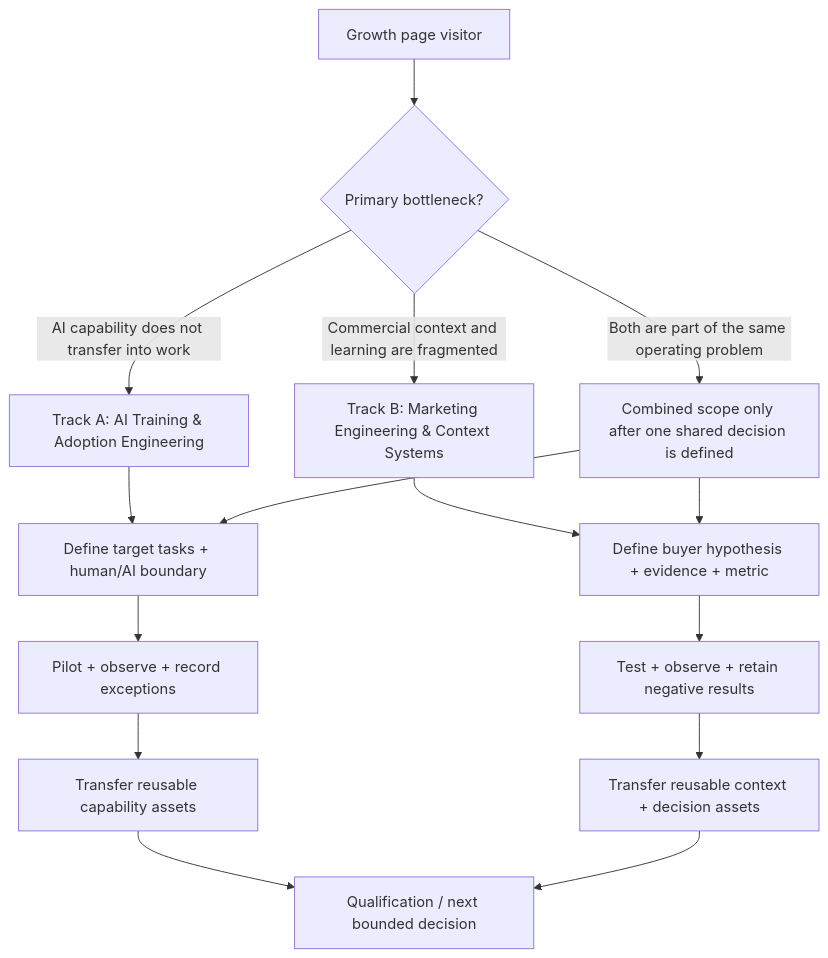
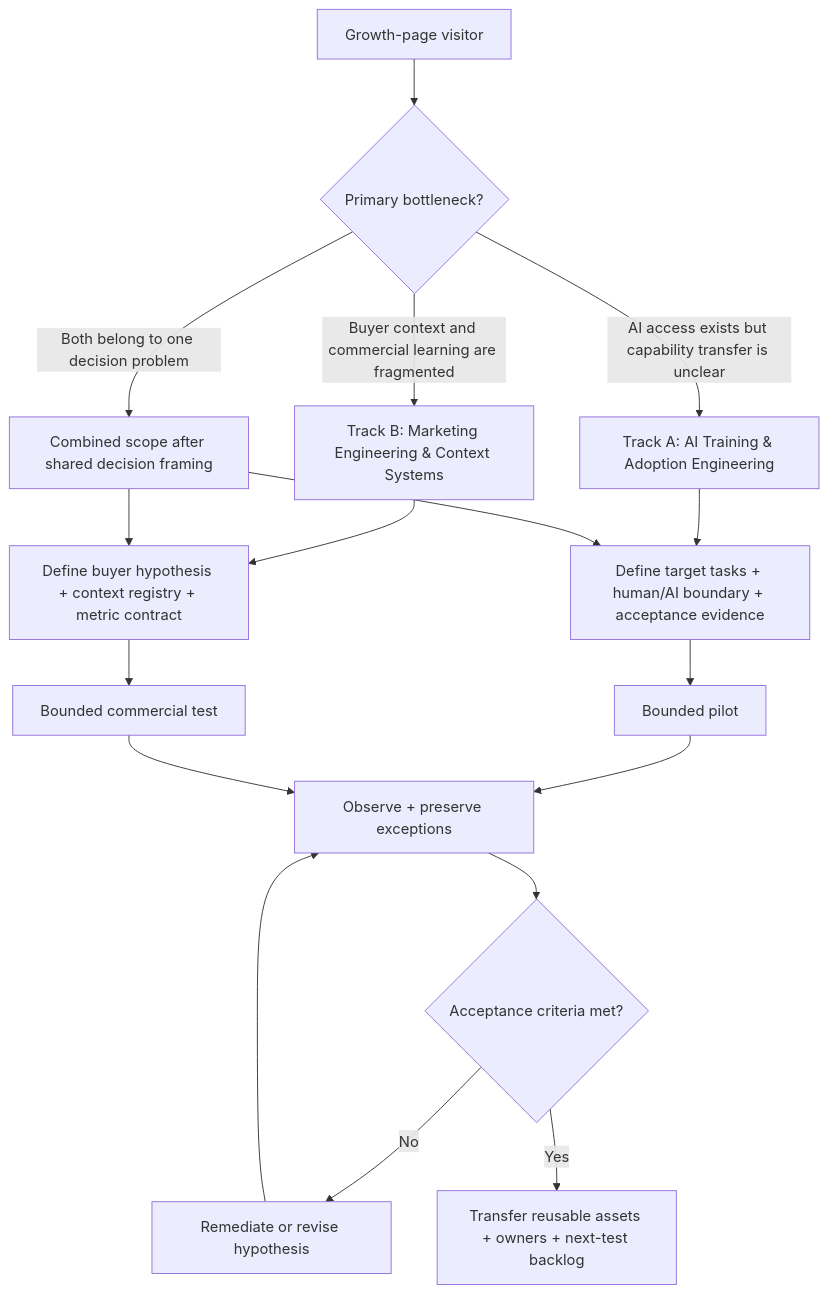
Before and after one commit to mckeopharma-web/copywriting: the diagram in pages/expertises/growth.md, drawn with Mermaid. The commit also changed other lines of this file, not shown here.

Commit message:
Refresh Growth landing-page copy and evidence contract

````diff
--- a/pages/expertises/growth.md
+++ b/pages/expertises/growth.md
@@ -832,21 +666,21 @@
 ```mermaid
 flowchart TD
-    A[Growth page visitor] --> B{Primary bottleneck?}
-    B -->|AI capability does not transfer into work| C[Track A: AI Training & Adoption Engineering]
-    B -->|Commercial context and learning are fragmented| D[Track B: Marketing Engineering & Context Systems]
-    B -->|Both are part of the same operating problem| E[Combined scope only after one shared decision is defined]
+    A[Growth-page visitor] --> B{Primary bottleneck?}
+    B -->|AI access exists but capability transfer is unclear| C[Track A: AI Training & Adoption Engineering]
+    B -->|Buyer context and commercial learning are fragmented| D[Track B: Marketing Engineering & Context Systems]
+    B -->|Both belong to one decision problem| E[Combined scope after shared decision framing]
 
-    C --> F[Define target tasks + human/AI boundary]
-    D --> G[Define buyer hypothesis + evidence + metric]
+    C --> F[Define target tasks + human/AI boundary + acceptance evidence]
+    D --> G[Define buyer hypothesis + context registry + metric contract]
     E --> F
     E --> G
 
-    F --> H[Pilot + observe + record exceptions]
-    G --> I[Test + observe + retain negative results]
-
-    H --> J[Transfer reusable capability assets]
-    I --> K[Transfer reusable context + decision assets]
-
-    J --> L[Qualification / next bounded decision]
-    K --> L
+    F --> H[Bounded pilot]
+    G --> I[Bounded commercial test]
+    H --> J[Observe + preserve exceptions]
+    I --> J
+    J --> K{Acceptance criteria met?}
+    K -->|No| L[Remediate or revise hypothesis]
+    K -->|Yes| M[Transfer reusable assets + owners + next-test backlog]
+    L --> J
 ```
````
